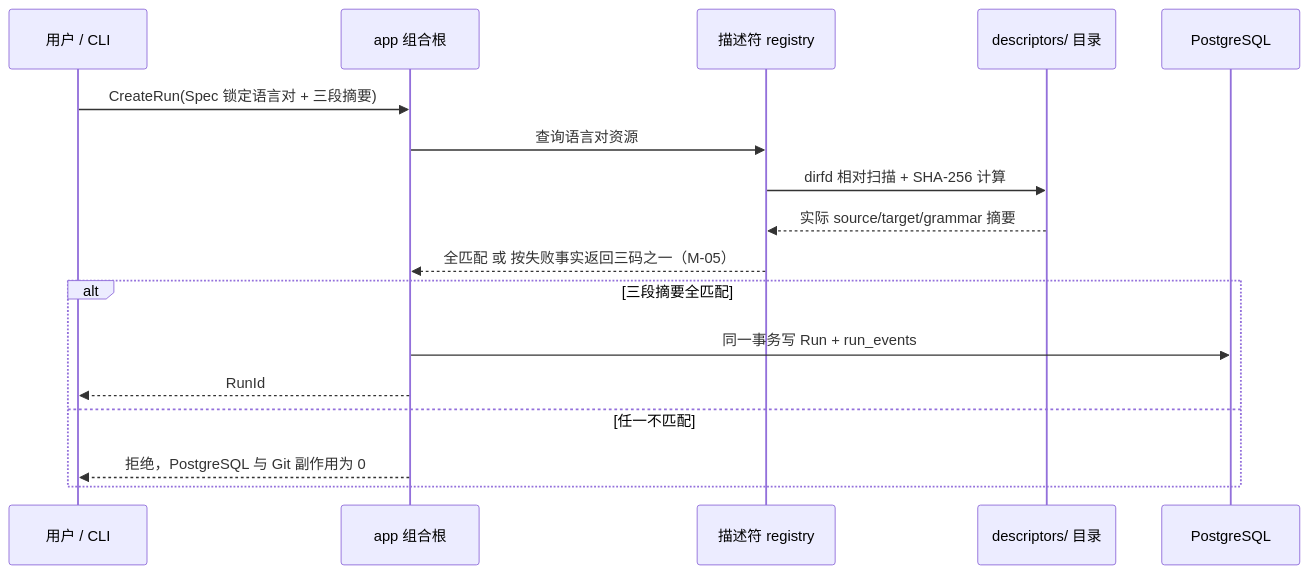
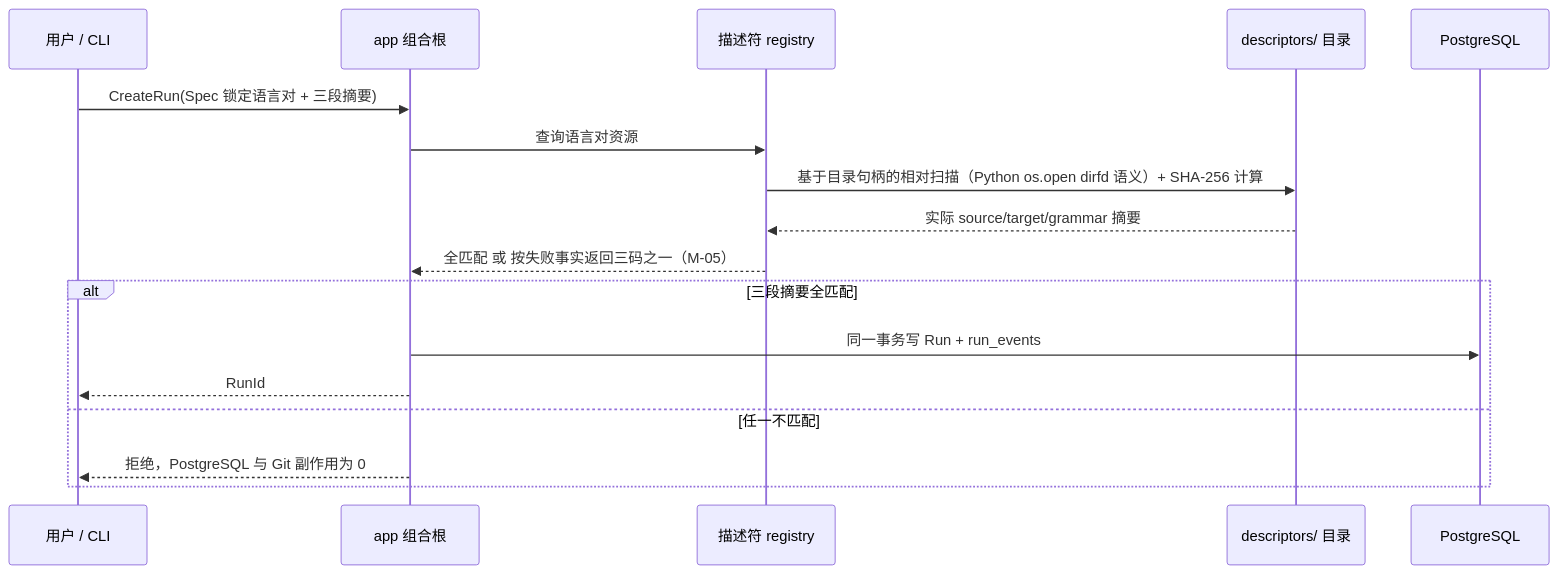
The second of 3 diagrams in my_space/codemigrator_design_doc/architecture_module_design/CodeMigrator_核心目录架构设计.md (LT0X/CodeMigrator), drawn with Mermaid before and after one commit. The commit also changed other lines of this file and 55 other files, not shown here.

````diff
--- a/my_space/codemigrator_design_doc/architecture_module_design/CodeMigrator_核心目录架构设计.md
+++ b/my_space/codemigrator_design_doc/architecture_module_design/CodeMigrator_核心目录架构设计.md
@@ -182,20 +212,20 @@
 ```mermaid
 sequenceDiagram
     participant U as 用户 / CLI
     participant A as app 组合根
     participant R as 描述符 registry
     participant D as descriptors/ 目录
     participant P as PostgreSQL
 
     U->>A: CreateRun(Spec 锁定语言对 + 三段摘要)
     A->>R: 查询语言对资源
-    R->>D: dirfd 相对扫描 + SHA-256 计算
+    R->>D: 基于目录句柄的相对扫描（Python os.open dirfd 语义）+ SHA-256 计算
     D-->>R: 实际 source/target/grammar 摘要
     R-->>A: 全匹配 或 按失败事实返回三码之一（M-05）
     alt 三段摘要全匹配
         A->>P: 同一事务写 Run + run_events
         A-->>U: RunId
     else 任一不匹配
         A-->>U: 拒绝，PostgreSQL 与 Git 副作用为 0
     end
 ```
````
